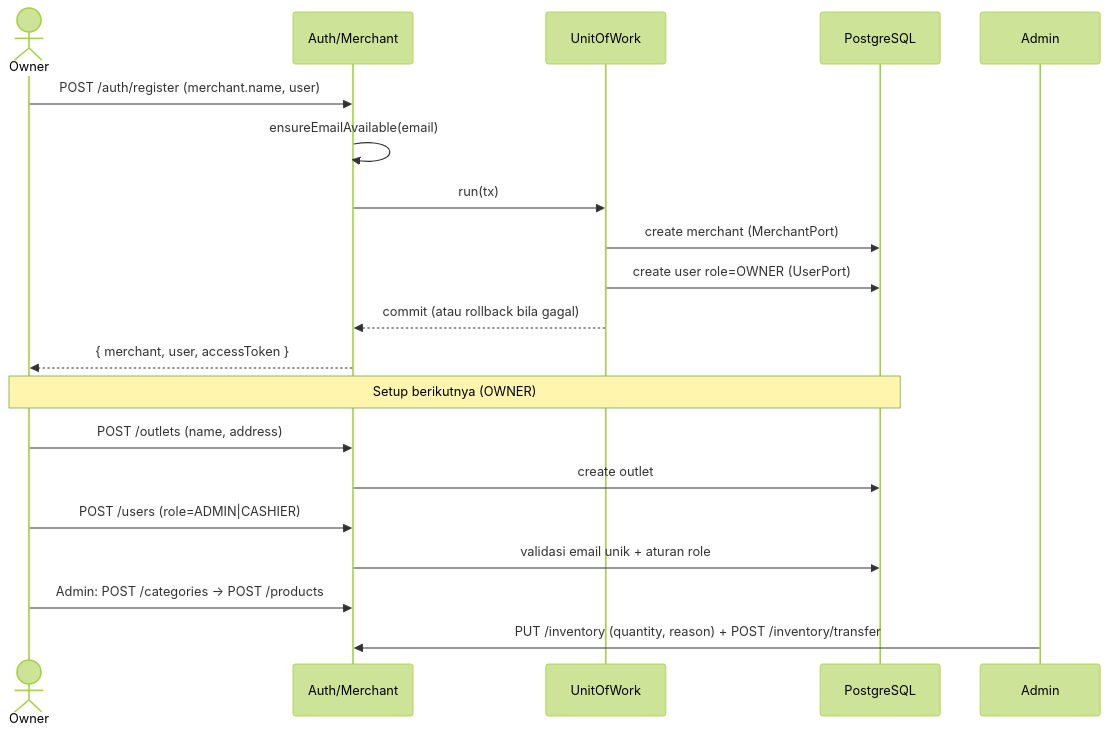
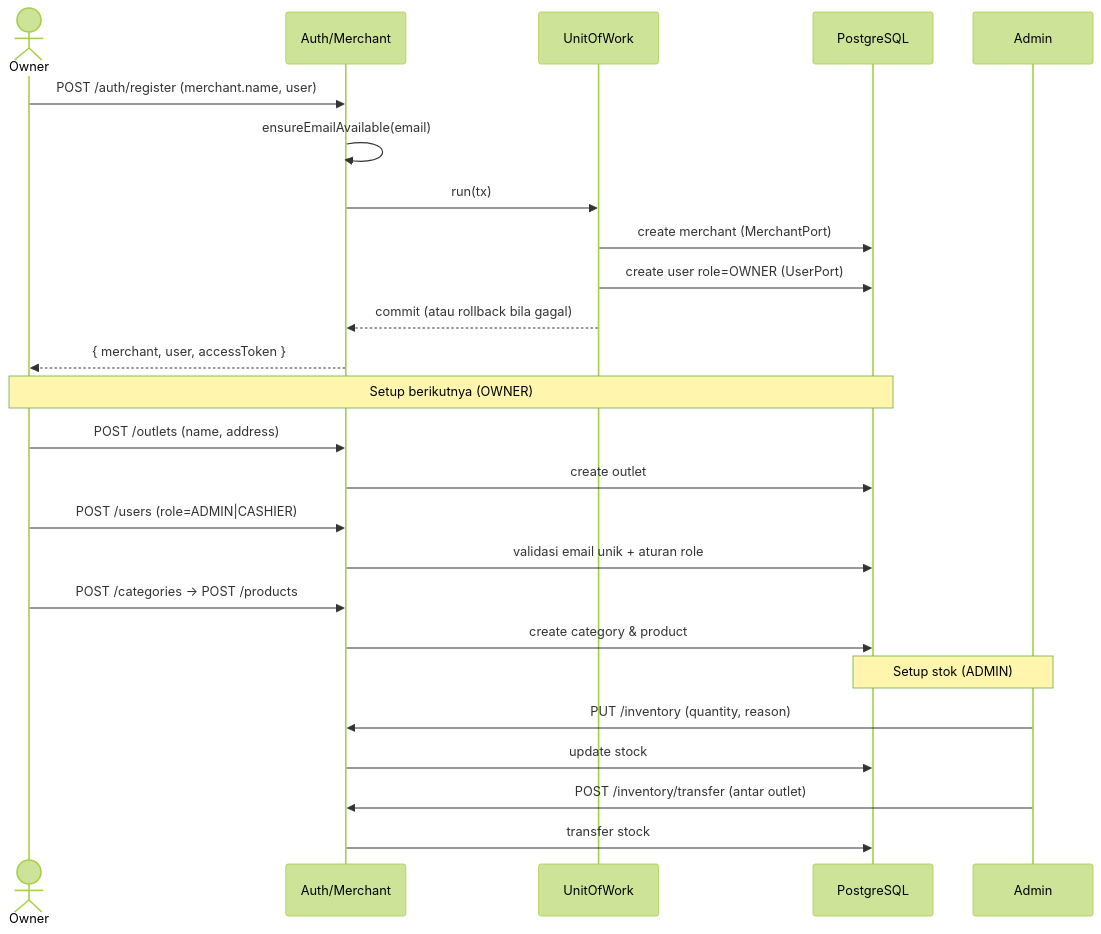
One commit to TeamOneee/pos-project-be changed the fourth of 21 diagrams in docs/system-flow.md. Above: the diagram before and after it, drawn with Mermaid (forest theme). The commit also changed other lines of this file and 9 other files, not shown here.

````diff
--- a/docs/system-flow.md
+++ b/docs/system-flow.md
@@ -94,23 +115,29 @@
 ```mermaid
 sequenceDiagram
     actor Owner
     participant API as Auth/Merchant
     participant UoW as UnitOfWork
     participant DB as PostgreSQL
 
     Owner->>API: POST /auth/register (merchant.name, user)
     API->>API: ensureEmailAvailable(email)
     API->>UoW: run(tx)
     UoW->>DB: create merchant (MerchantPort)
     UoW->>DB: create user role=OWNER (UserPort)
     UoW-->>API: commit (atau rollback bila gagal)
     API-->>Owner: { merchant, user, accessToken }
 
     Note over Owner,DB: Setup berikutnya (OWNER)
     Owner->>API: POST /outlets (name, address)
     API->>DB: create outlet
     Owner->>API: POST /users (role=ADMIN|CASHIER)
     API->>DB: validasi email unik + aturan role
-    Owner->>API: Admin: POST /categories → POST /products
-    Admin->>API: PUT /inventory (quantity, reason) + POST /inventory/transfer
+    Owner->>API: POST /categories → POST /products
+    API->>DB: create category & product
+
+    Note over Admin,DB: Setup stok (ADMIN)
+    Admin->>API: PUT /inventory (quantity, reason)
+    API->>DB: update stock
+    Admin->>API: POST /inventory/transfer (antar outlet)
+    API->>DB: transfer stock
 ```
````
